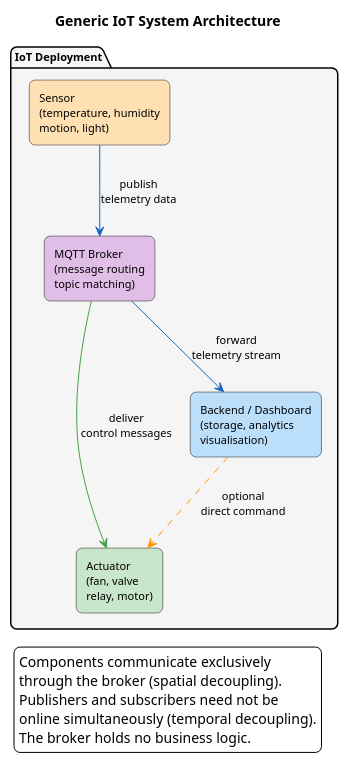
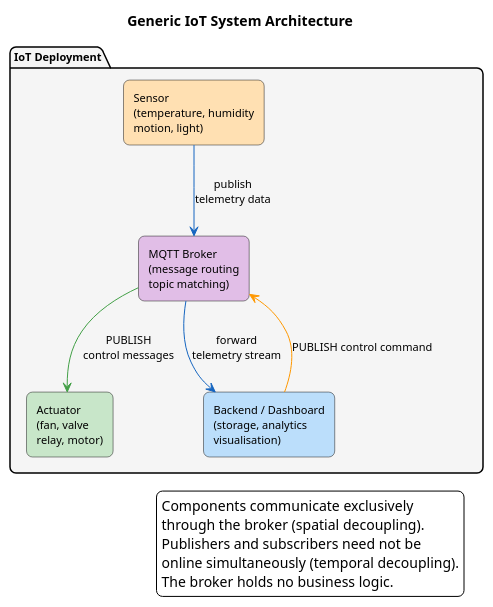
Before and after one commit to antonioclim/COMPNET-EN: the diagram in 03_LECTURES/C13/assets/puml/fig-iot-architecture.puml, drawn with PlantUML. The commit also changed 551 other files, not shown here.

```diff
--- a/03_LECTURES/C13/assets/puml/fig-iot-architecture.puml
+++ b/03_LECTURES/C13/assets/puml/fig-iot-architecture.puml
@@ -1,33 +1,33 @@
 @startuml fig-iot-architecture
 skinparam backgroundColor white
 skinparam defaultFontName Arial
 skinparam defaultFontSize 11
 skinparam shadowing false
 skinparam roundcorner 12
 
 title Generic IoT System Architecture
 
 package "IoT Deployment" as iot #F5F5F5 {
 
     rectangle "Sensor\n(temperature, humidity\nmotion, light)" as sensor #FFE0B2
 
     rectangle "MQTT Broker\n(message routing\ntopic matching)" as broker #E1BEE7
 
     rectangle "Actuator\n(fan, valve\nrelay, motor)" as actuator #C8E6C9
 
     rectangle "Backend / Dashboard\n(storage, analytics\nvisualisation)" as backend #BBDEFB
 }
 
 sensor -[#1565C0]-> broker : publish\ntelemetry data
-broker -[#43A047]-> actuator : deliver\ncontrol messages
+broker -[#43A047]-> actuator : PUBLISH\ncontrol messages
 broker -[#1565C0]-> backend : forward\ntelemetry stream
-backend -[#FF9800].> actuator : optional\ndirect command
+backend -[#FF9800]-> broker : PUBLISH control command
 
 legend right
 Components communicate exclusively
 through the broker (spatial decoupling).
 Publishers and subscribers need not be
 online simultaneously (temporal decoupling).
 The broker holds no business logic.
 endlegend
 @enduml
```
